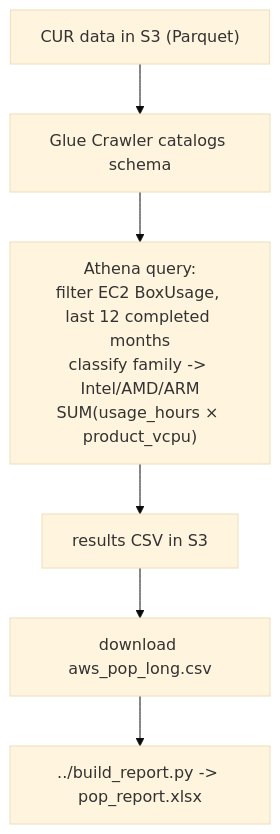
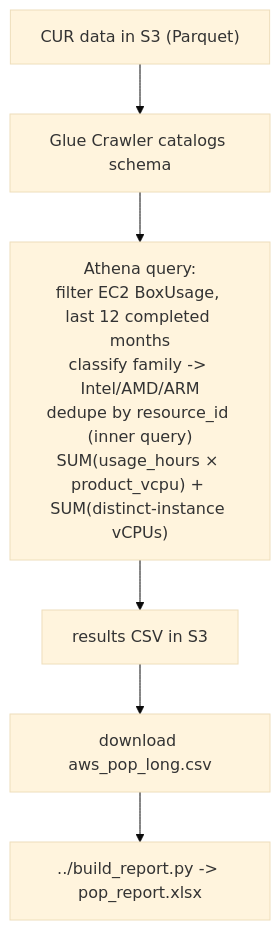
One commit to nfairoza/cloud-samples changed the diagram in proof-of-performance/aws/README.md. Above: the diagram before and after it, drawn with Mermaid (base theme). The commit also changed other lines of this file and 8 other files, not shown here.

````diff
--- a/proof-of-performance/aws/README.md
+++ b/proof-of-performance/aws/README.md
@@ -19,8 +22,8 @@
 ```mermaid
 flowchart TD
     A["CUR data in S3 (Parquet)"] --> B["Glue Crawler catalogs schema"]
-    B --> C["Athena query:<br/>filter EC2 BoxUsage, last 12 completed months<br/>classify family -> Intel/AMD/ARM<br/>SUM(usage_hours × product_vcpu)"]
+    B --> C["Athena query:<br/>filter EC2 BoxUsage, last 12 completed months<br/>classify family -> Intel/AMD/ARM<br/>dedupe by resource_id (inner query)<br/>SUM(usage_hours × product_vcpu) + SUM(distinct-instance vCPUs)"]
     C --> D["results CSV in S3"]
     D --> E["download aws_pop_long.csv"]
     E --> F["../build_report.py -> pop_report.xlsx"]
 ```
````
